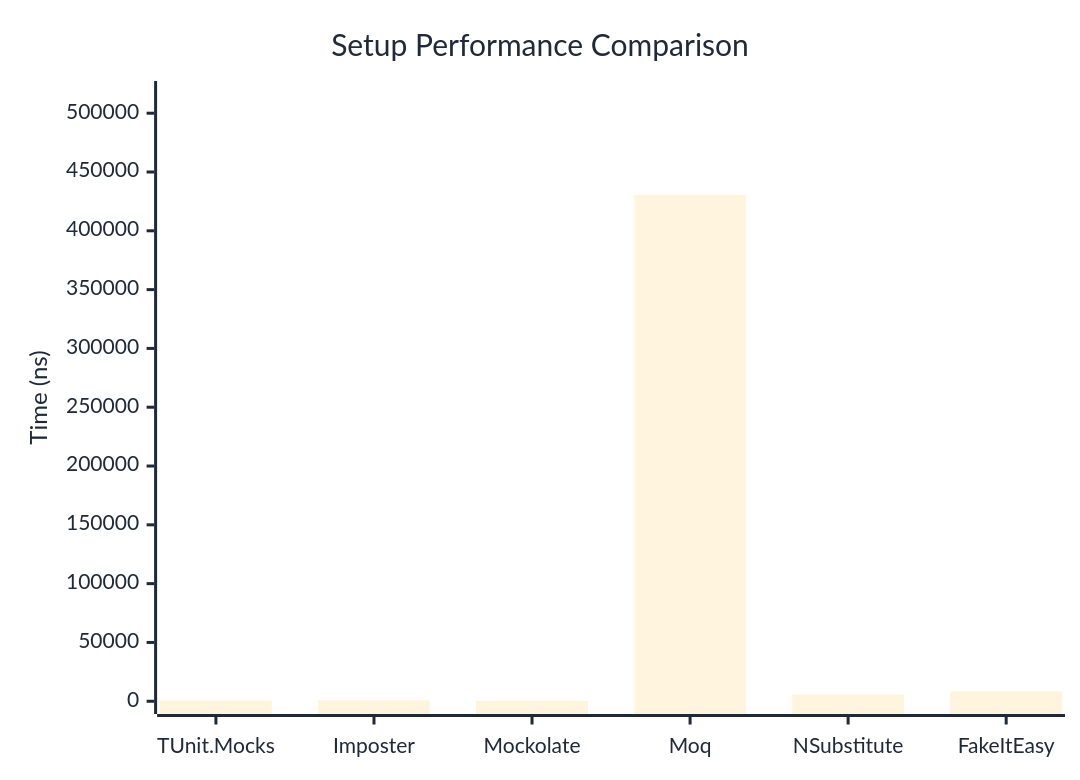
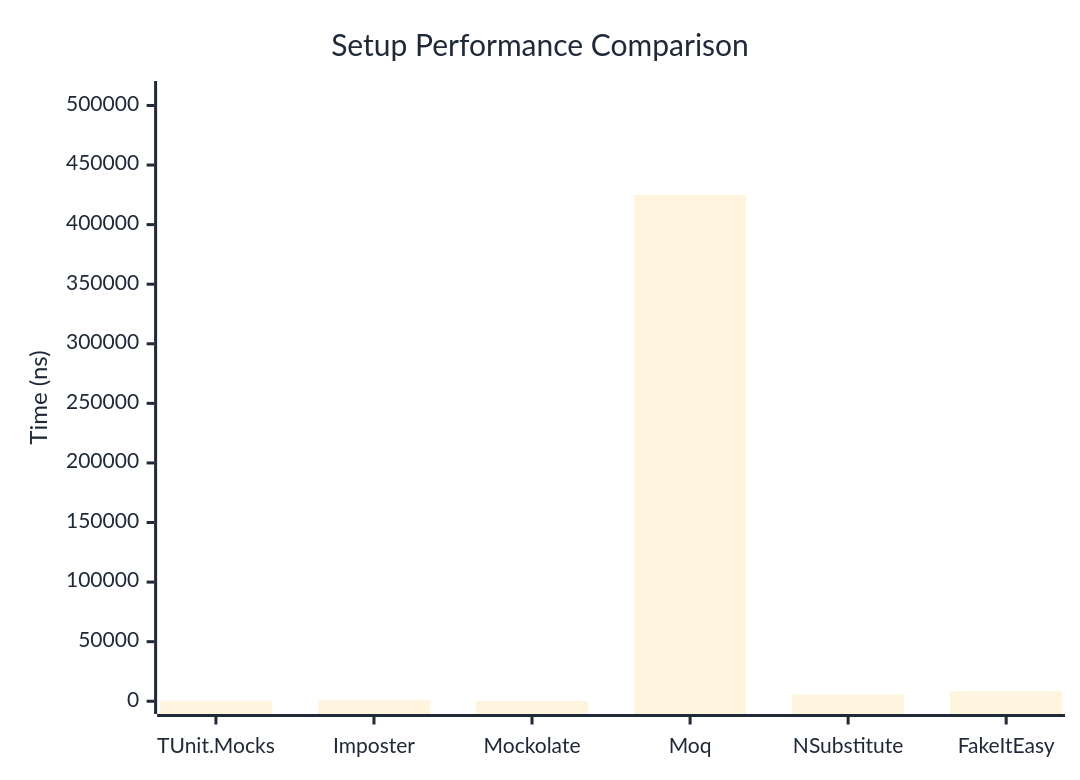
Before and after one commit to thomhurst/TUnit: the first of 2 diagrams in docs/docs/benchmarks/mocks/Setup.md, drawn with Mermaid. The commit also changed other lines of this file and 14 other files, not shown here.

````diff
--- a/docs/docs/benchmarks/mocks/Setup.md
+++ b/docs/docs/benchmarks/mocks/Setup.md
@@ -30,27 +30,27 @@
 ```mermaid
 %%{init: {
   'theme':'base',
   'themeVariables': {
     'primaryColor': '#2563eb',
     'primaryTextColor': '#1f2937',
     'primaryBorderColor': '#1e40af',
     'lineColor': '#6b7280',
     'secondaryColor': '#7c3aed',
     'tertiaryColor': '#dc2626',
     'background': '#ffffff',
     'pie1': '#2563eb',
     'pie2': '#7c3aed',
     'pie3': '#dc2626',
     'pie4': '#f59e0b',
     'pie5': '#10b981',
     'pie6': '#06b6d4',
     'pie7': '#ec4899',
     'pie8': '#6366f1'
   }
 }}%%
 xychart-beta
   title "Setup Performance Comparison"
   x-axis ["TUnit.Mocks", "Imposter", "Mockolate", "Moq", "NSubstitute", "FakeItEasy"]
-  y-axis "Time (ns)" 0 --> 516536
-  bar [524.9, 808.7, 317.1, 430446, 5604.1, 8349.2]
+  y-axis "Time (ns)" 0 --> 509831
+  bar [505, 800.7, 301.9, 424858.5, 5563.7, 8333.2]
 ```
````
